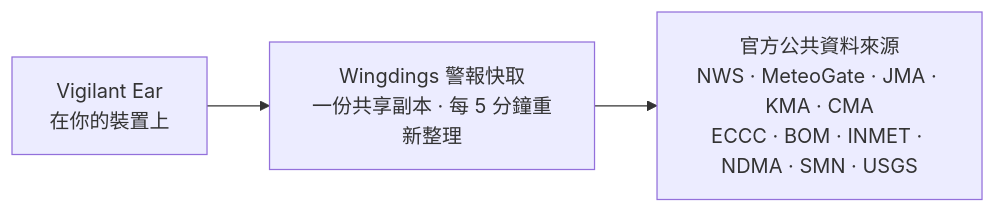
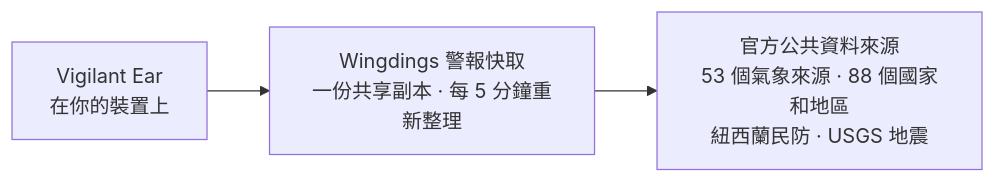
The fourth of 4 diagrams in README_zh-Hant.md (rpalm01-star/VigilantEarLegal), drawn with Mermaid before and after one commit. The commit also changed other lines of this file and 44 other files, not shown here.

````diff
--- a/README_zh-Hant.md
+++ b/README_zh-Hant.md
@@ -171,5 +171,5 @@
 ```mermaid
 graph LR
     P1["Vigilant Ear<br/>在你的裝置上"] --> W["Wingdings 警報快取<br/>一份共享副本 · 每 5 分鐘重新整理"]
-    W --> N["官方公共資料來源<br/>NWS · MeteoGate · JMA · KMA · CMA<br/>ECCC · BOM · INMET · NDMA · SMN · USGS"]
+    W --> N["官方公共資料來源<br/>53 個氣象來源 · 88 個國家和地區<br/>紐西蘭民防 · USGS 地震"]
 ```
````
